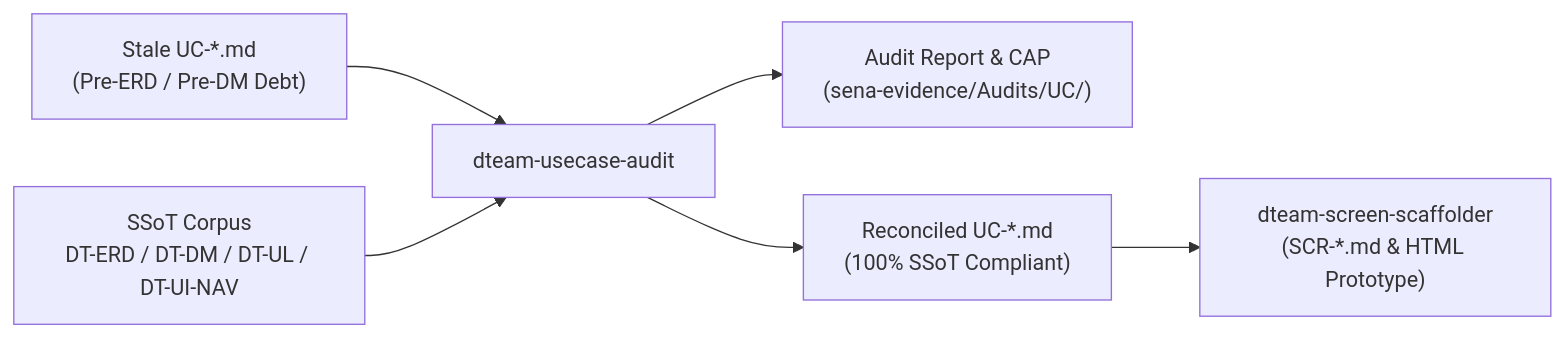
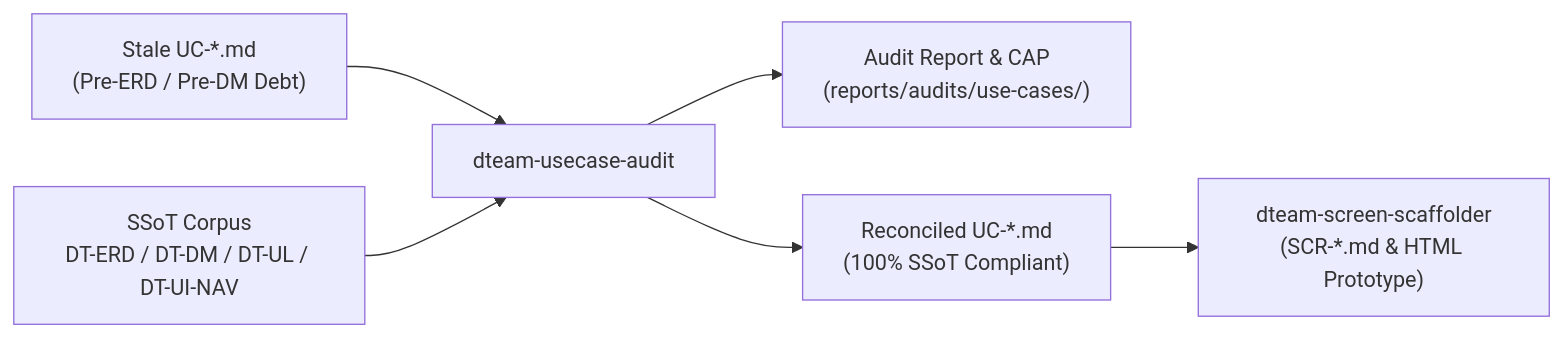
One commit to Novav20/adso-dteam-docs changed the diagram in .agents/skills/dteam-usecase-audit/SKILL.md. Above: the diagram before and after it, drawn with Mermaid. The commit also changed other lines of this file and 20 other files, not shown here.

````diff
--- a/.agents/skills/dteam-usecase-audit/SKILL.md
+++ b/.agents/skills/dteam-usecase-audit/SKILL.md
@@ -70,8 +70,8 @@
 ```mermaid
 flowchart LR
     UC_Stale["Stale UC-*.md<br/>(Pre-ERD / Pre-DM Debt)"] --> Skill["dteam-usecase-audit"]
     SSoT["SSoT Corpus<br/>DT-ERD / DT-DM / DT-UL / DT-UI-NAV"] --> Skill
-    Skill --> Report["Audit Report & CAP<br/>(sena-evidence/Audits/UC/)"]
+    Skill --> Report["Audit Report & CAP<br/>(reports/audits/use-cases/)"]
     Skill --> UC_Approved["Reconciled UC-*.md<br/>(100% SSoT Compliant)"]
     UC_Approved --> Scaffolder["dteam-screen-scaffolder<br/>(SCR-*.md & HTML Prototype)"]
 ```
````
